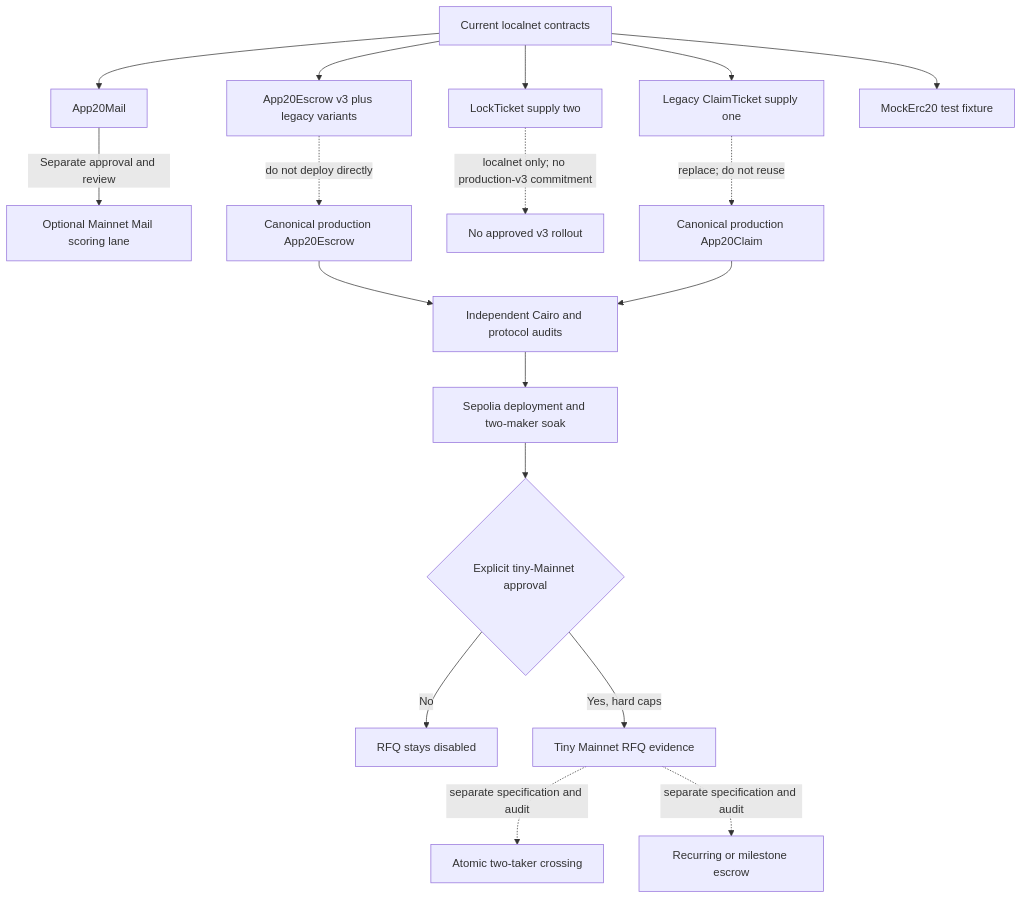
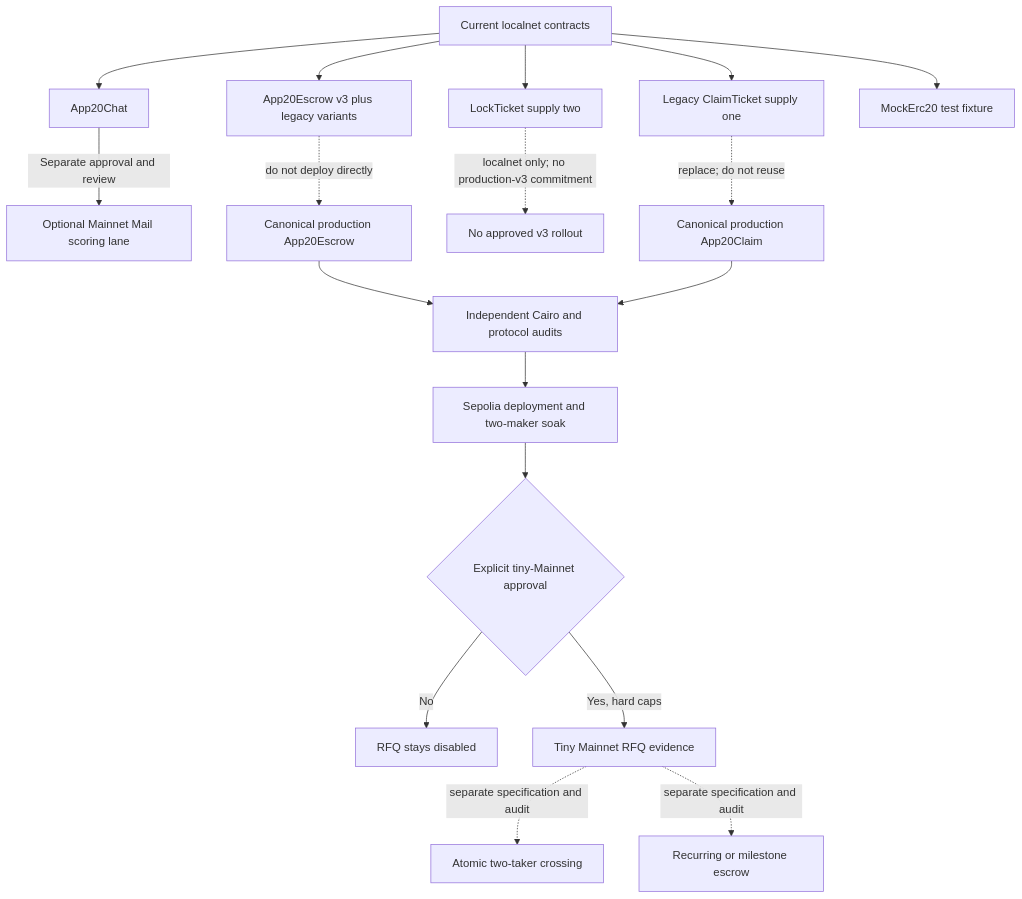
One commit to gstohl/app20 changed the ninth of 10 diagrams in docs/APP20_PROCESS_DIAGRAMS.md. Above: the diagram before and after it, drawn with Mermaid. The commit also changed 69 other files, not shown here.

Commit message:
Polish Chat UX and recovery and rename messaging contract to App20Chat

````diff
--- a/docs/APP20_PROCESS_DIAGRAMS.md
+++ b/docs/APP20_PROCESS_DIAGRAMS.md
@@ -230,23 +230,23 @@
 ```mermaid
 flowchart TD
-    L[Current localnet contracts] --> LM[App20Mail]
+    L[Current localnet contracts] --> LM[App20Chat]
     L --> LE[App20Escrow v3 plus legacy variants]
     L --> LT[LockTicket supply two]
     L --> CT[Legacy ClaimTicket supply one]
     L --> ME[MockErc20 test fixture]
 
     LM -->|Separate approval and review| MS[Optional Mainnet Mail scoring lane]
     LE -. do not deploy directly .-> VN[Canonical production App20Escrow]
     LT -. localnet only; no production-v3 commitment .-> LTO[No approved v3 rollout]
     CT -. replace; do not reuse .-> TN[Canonical production App20Claim]
 
     VN --> A1[Independent Cairo and protocol audits]
     TN --> A1
     A1 --> S[Sepolia deployment and two-maker soak]
     S --> H{Explicit tiny-Mainnet approval}
     H -->|No| STOP[RFQ stays disabled]
     H -->|Yes, hard caps| MM[Tiny Mainnet RFQ evidence]
 
     MM -. separate specification and audit .-> AX[Atomic two-taker crossing]
     MM -. separate specification and audit .-> RE[Recurring or milestone escrow]
 ```
````
